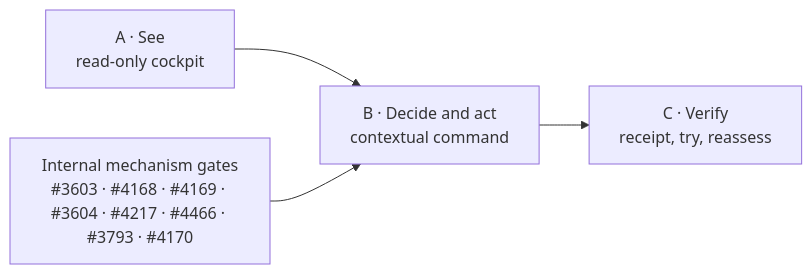
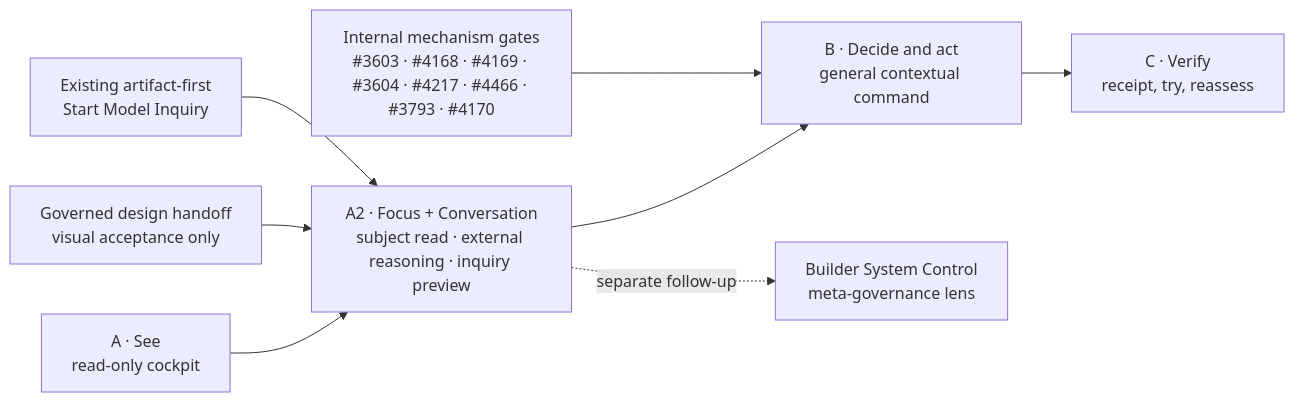
One commit to RasmusTho/agentic-pkm-mvp changed the diagram in docs/plans/DEVUI_IMPLEMENTATION.md. Above: the diagram before and after it, drawn with Mermaid. The commit also changed other lines of this file and 8 other files, not shown here.

First line of the commit message:
Specify devUI Focus and Conversation Port boundary (#4699)

````diff
--- a/docs/plans/DEVUI_IMPLEMENTATION.md
+++ b/docs/plans/DEVUI_IMPLEMENTATION.md
@@ -157,6 +207,10 @@
 ```mermaid
 flowchart LR
-  A["A · See<br/>read-only cockpit"] --> B["B · Decide and act<br/>contextual command"]
+  A["A · See<br/>read-only cockpit"] --> A2["A2 · Focus + Conversation<br/>subject read · external reasoning · inquiry preview"]
+  A2 --> B["B · Decide and act<br/>general contextual command"]
   B --> C["C · Verify<br/>receipt, try, reassess"]
+  D["Governed design handoff<br/>visual acceptance only"] --> A2
+  I["Existing artifact-first<br/>Start Model Inquiry"] --> A2
+  A2 -. separate follow-up .-> S["Builder System Control<br/>meta-governance lens"]
   M["Internal mechanism gates<br/>#3603 · #4168 · #4169 · #3604 · #4217 · #4466 · #3793 · #4170"] --> B
 ```
````
